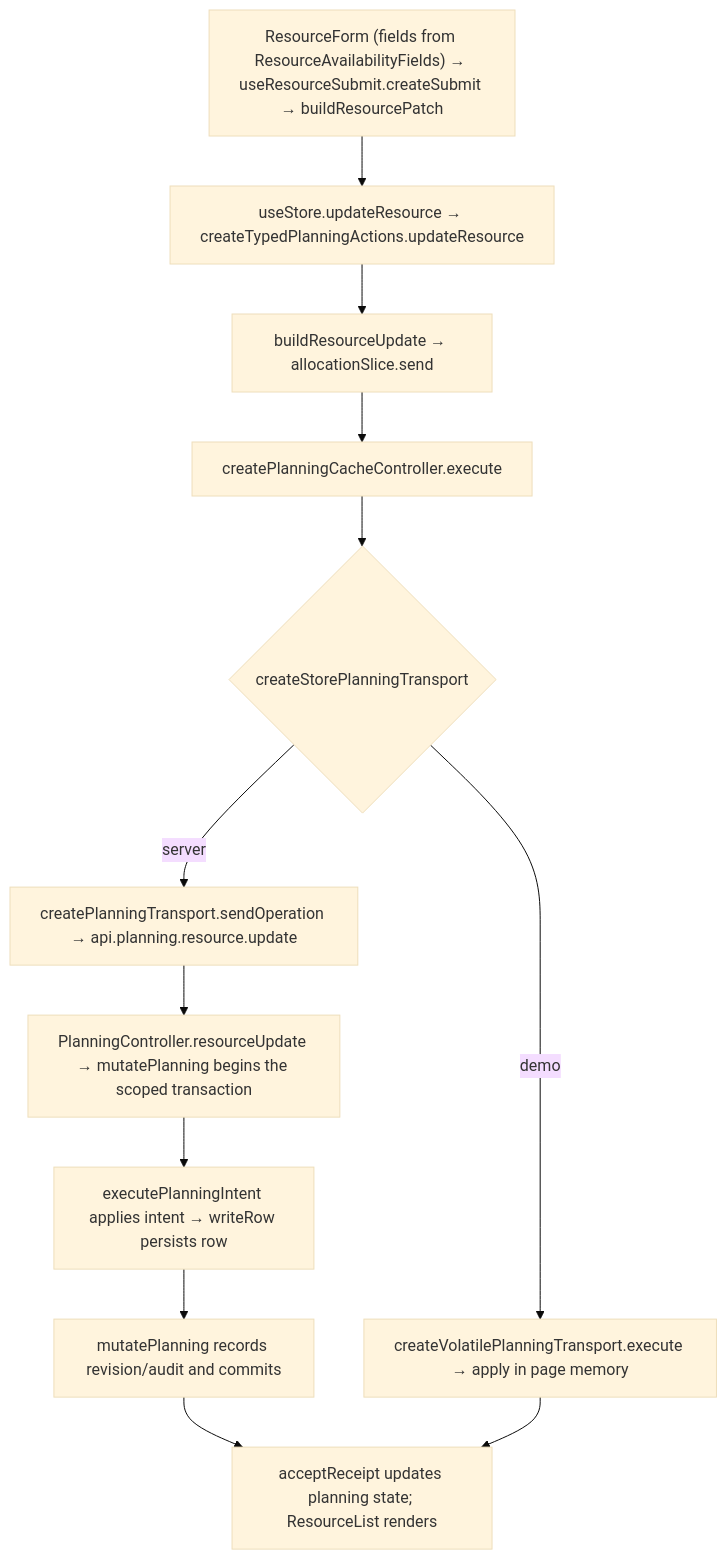
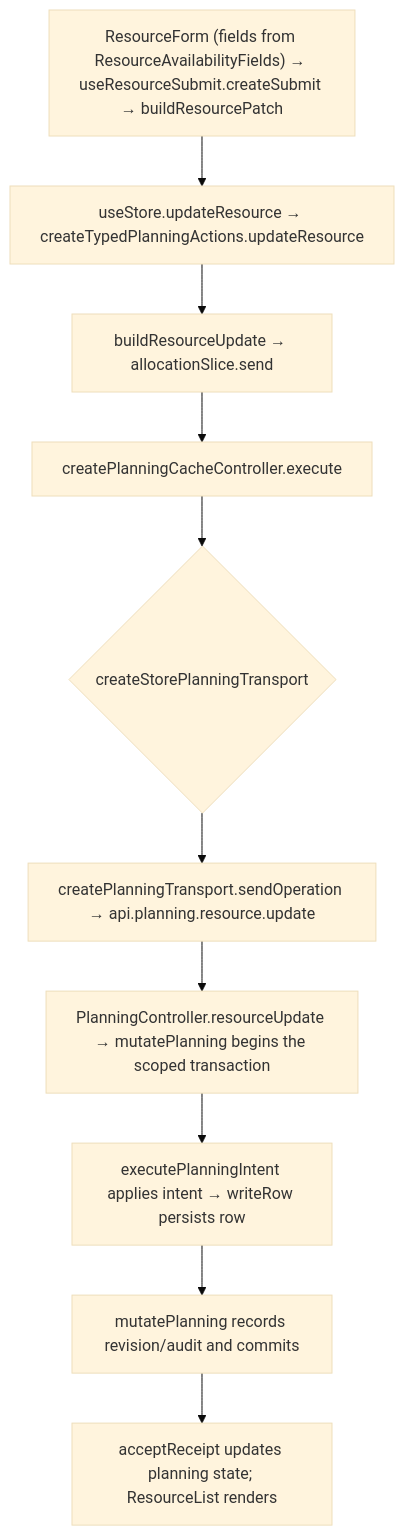
One commit to Kevinjohn/capacitylens changed the second of 2 diagrams in user-stories/resources/US-RES-06-working-hours.md. Above: the diagram before and after it, drawn with Mermaid (base theme). The commit also changed other lines of this file and 343 other files, not shown here.

Commit message:
feat: use server-owned company planning and a disposable development demo

````diff
--- a/user-stories/resources/US-RES-06-working-hours.md
+++ b/user-stories/resources/US-RES-06-working-hours.md
@@ -29,9 +29,8 @@
 ```mermaid
 flowchart TD
   A["ResourceForm (fields from ResourceAvailabilityFields) → useResourceSubmit.createSubmit → buildResourcePatch"] --> B["useStore.updateResource → createTypedPlanningActions.updateResource"]
   B --> C["buildResourceUpdate → allocationSlice.send"]
   C --> D["createPlanningCacheController.execute"] --> E{"createStorePlanningTransport"}
-  E -->|server| F["createPlanningTransport.sendOperation → api.planning.resource.update"] --> G["PlanningController.resourceUpdate → mutatePlanning begins the scoped transaction"]
+  E --> F["createPlanningTransport.sendOperation → api.planning.resource.update"] --> G["PlanningController.resourceUpdate → mutatePlanning begins the scoped transaction"]
   G --> H["executePlanningIntent applies intent → writeRow persists row"] --> K["mutatePlanning records revision/audit and commits"] --> J["acceptReceipt updates planning state; ResourceList renders"]
-  E -->|demo| I["createVolatilePlanningTransport.execute → apply in page memory"] --> J
 ```
````
